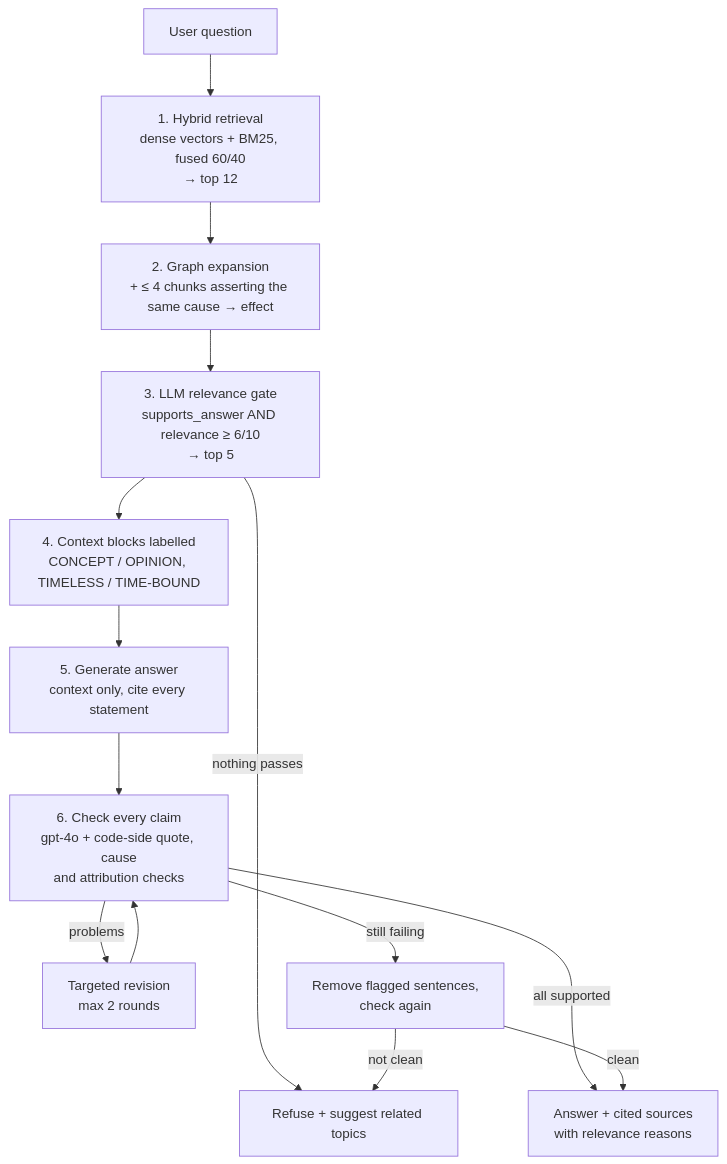
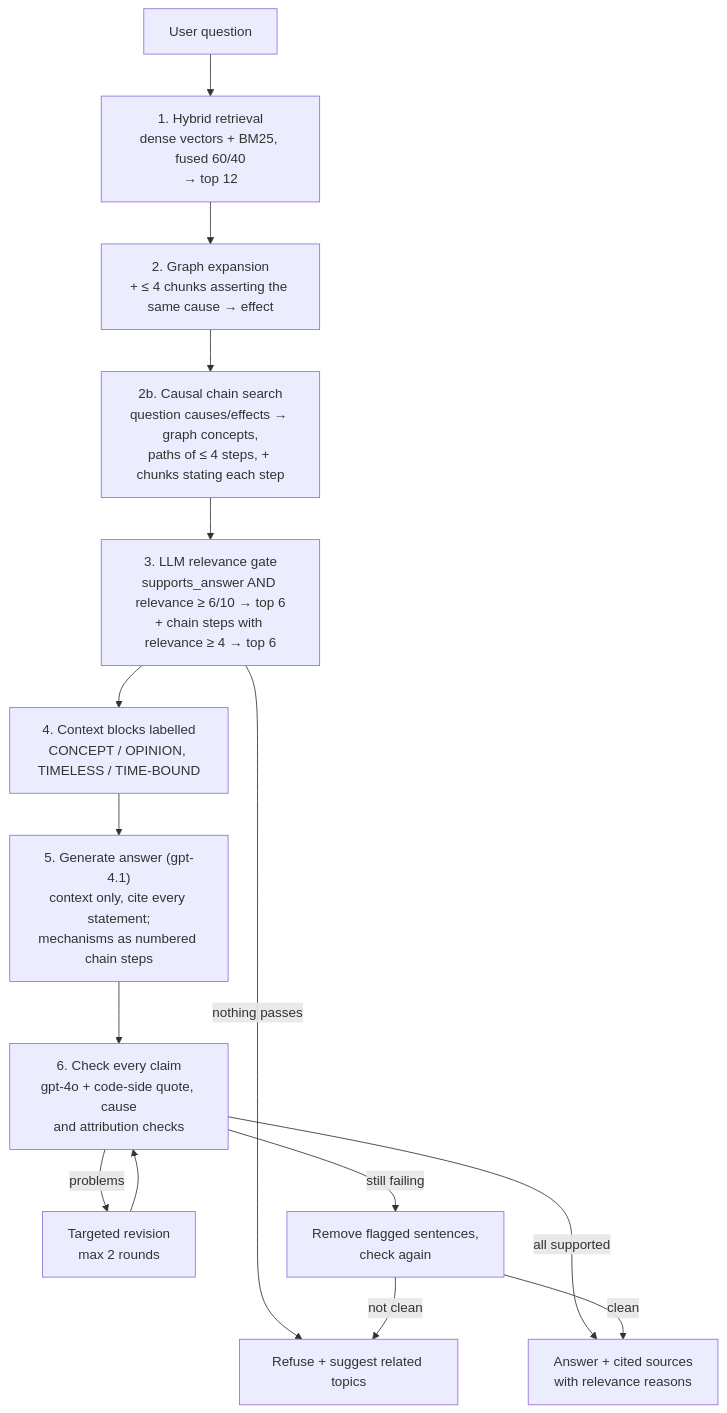
The second of 3 diagrams in README.md (HaukeHoppe/MjoellnirAI), drawn with Mermaid before and after one commit. The commit also changed other lines of this file and 6 other files, not shown here.

````diff
--- a/README.md
+++ b/README.md
@@ -67,16 +67,17 @@
 ```mermaid
 flowchart TD
     Q[User question] --> R["1. Hybrid retrieval<br/>dense vectors + BM25, fused 60/40<br/>→ top 12"]
     R --> GX["2. Graph expansion<br/>+ ≤ 4 chunks asserting the same cause → effect"]
-    GX --> GR["3. LLM relevance gate<br/>supports_answer AND relevance ≥ 6/10<br/>→ top 5"]
+    GX --> CS["2b. Causal chain search<br/>question causes/effects → graph concepts,<br/>paths of ≤ 4 steps, + chunks stating each step"]
+    CS --> GR["3. LLM relevance gate<br/>supports_answer AND relevance ≥ 6/10 → top 6<br/>+ chain steps with relevance ≥ 4 → top 6"]
     GR -->|nothing passes| NA[Refuse + suggest related topics]
     GR --> CTX["4. Context blocks labelled<br/>CONCEPT / OPINION, TIMELESS / TIME-BOUND"]
-    CTX --> GEN["5. Generate answer<br/>context only, cite every statement"]
+    CTX --> GEN["5. Generate answer (gpt-4.1)<br/>context only, cite every statement;<br/>mechanisms as numbered chain steps"]
     GEN --> CHK["6. Check every claim<br/>gpt-4o + code-side quote, cause<br/>and attribution checks"]
     CHK -->|all supported| OUT["Answer + cited sources<br/>with relevance reasons"]
     CHK -->|problems| REV["Targeted revision<br/>max 2 rounds"]
     REV --> CHK
     CHK -->|still failing| TRIM["Remove flagged sentences,<br/>check again"]
     TRIM -->|clean| OUT
     TRIM -->|not clean| NA
 ```
````
